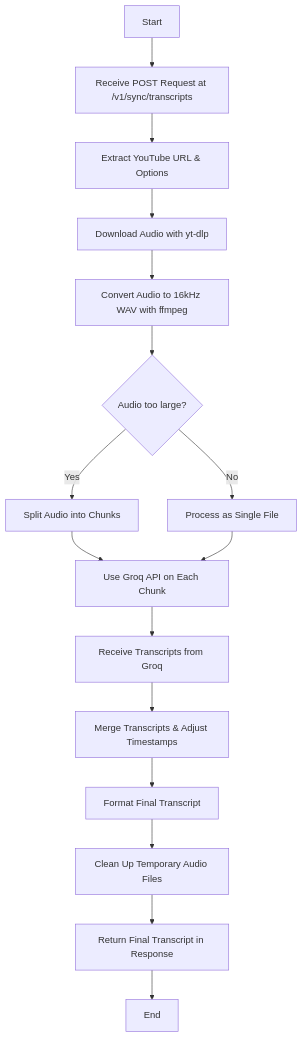
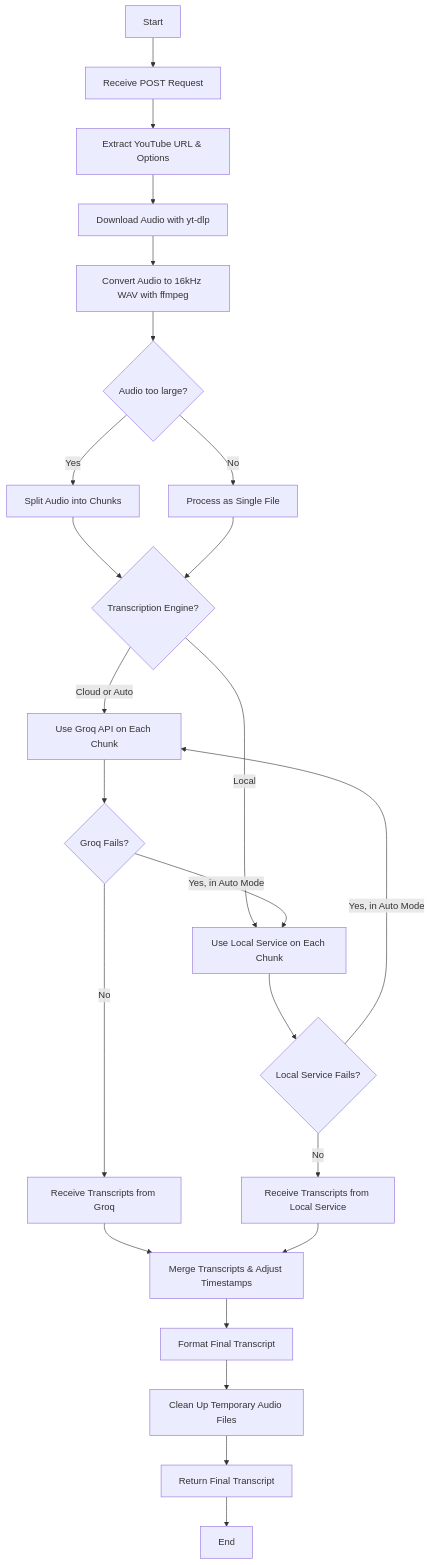
The diagram in WORKFLOW.md (devtitus/YouTube-Transcripts-Using-Whisper), drawn with Mermaid before and after one commit. The commit also changed other lines of this file and 28 other files, not shown here.

````diff
--- a/WORKFLOW.md
+++ b/WORKFLOW.md
@@ -9,18 +9,26 @@
 ```mermaid
 graph TD
-    A[Start] --> B[Receive POST Request at /v1/sync/transcripts];
+    A[Start] --> B[Receive POST Request];
     B --> C[Extract YouTube URL & Options];
     C --> D[Download Audio with yt-dlp];
     D --> E[Convert Audio to 16kHz WAV with ffmpeg];
     E --> F{Audio too large?};
     F -- Yes --> G[Split Audio into Chunks];
     F -- No --> H[Process as Single File];
-    G --> I[Use Groq API on Each Chunk];
+    G --> I{Transcription Engine?};
     H --> I;
-    I --> J[Receive Transcripts from Groq];
-    J --> K[Merge Transcripts & Adjust Timestamps];
-    K --> L[Format Final Transcript];
-    L --> M[Clean Up Temporary Audio Files];
-    M --> N[Return Final Transcript in Response];
-    N --> O[End];
+    I -- Cloud or Auto --> J[Use Groq API on Each Chunk];
+    I -- Local --> K[Use Local Service on Each Chunk];
+    J --> L{Groq Fails?};
+    L -- Yes, in Auto Mode --> K;
+    L -- No --> M[Receive Transcripts from Groq];
+    K --> N{Local Service Fails?};
+    N -- Yes, in Auto Mode --> J;
+    N -- No --> O[Receive Transcripts from Local Service];
+    M --> P[Merge Transcripts & Adjust Timestamps];
+    O --> P;
+    P --> Q[Format Final Transcript];
+    Q --> R[Clean Up Temporary Audio Files];
+    R --> S[Return Final Transcript];
+    S --> T[End];
 ```
````
